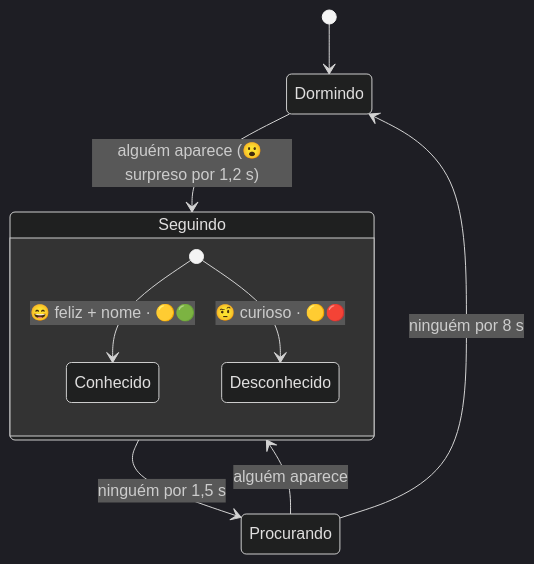
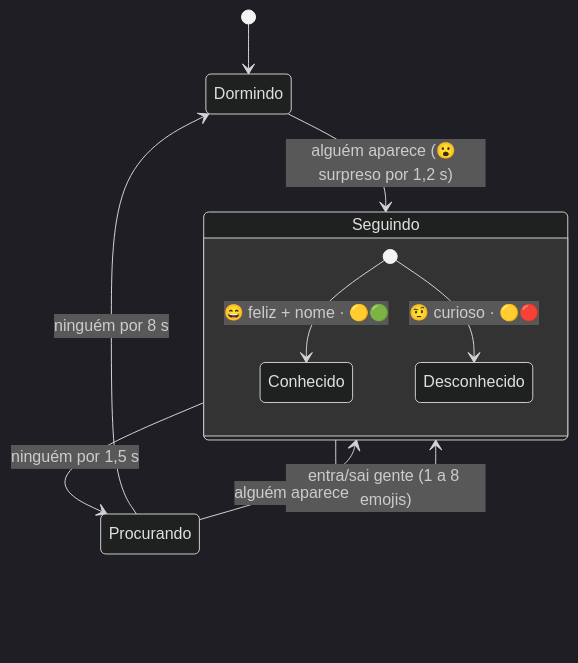
Before and after one commit to fernandomoreira/sistema_reconhecimento_facial: the second of 2 diagrams in README.md, drawn with Mermaid (dark theme). The commit also changed other lines of this file and 8 other files, not shown here.

````diff
--- a/README.md
+++ b/README.md
@@ -70,12 +70,13 @@
 ```mermaid
 stateDiagram-v2
     [*] --> Dormindo
     Dormindo --> Seguindo: alguém aparece (😮 surpreso por 1,2 s)
     Seguindo --> Procurando: ninguém por 1,5 s
+    Seguindo --> Seguindo: entra/sai gente (1 a 8 emojis)
     Procurando --> Seguindo: alguém aparece
     Procurando --> Dormindo: ninguém por 8 s
     state Seguindo {
         [*] --> Conhecido: 😄 feliz + nome · 🟡🟢
         [*] --> Desconhecido: 🤨 curioso · 🟡🔴
     }
 ```
````
